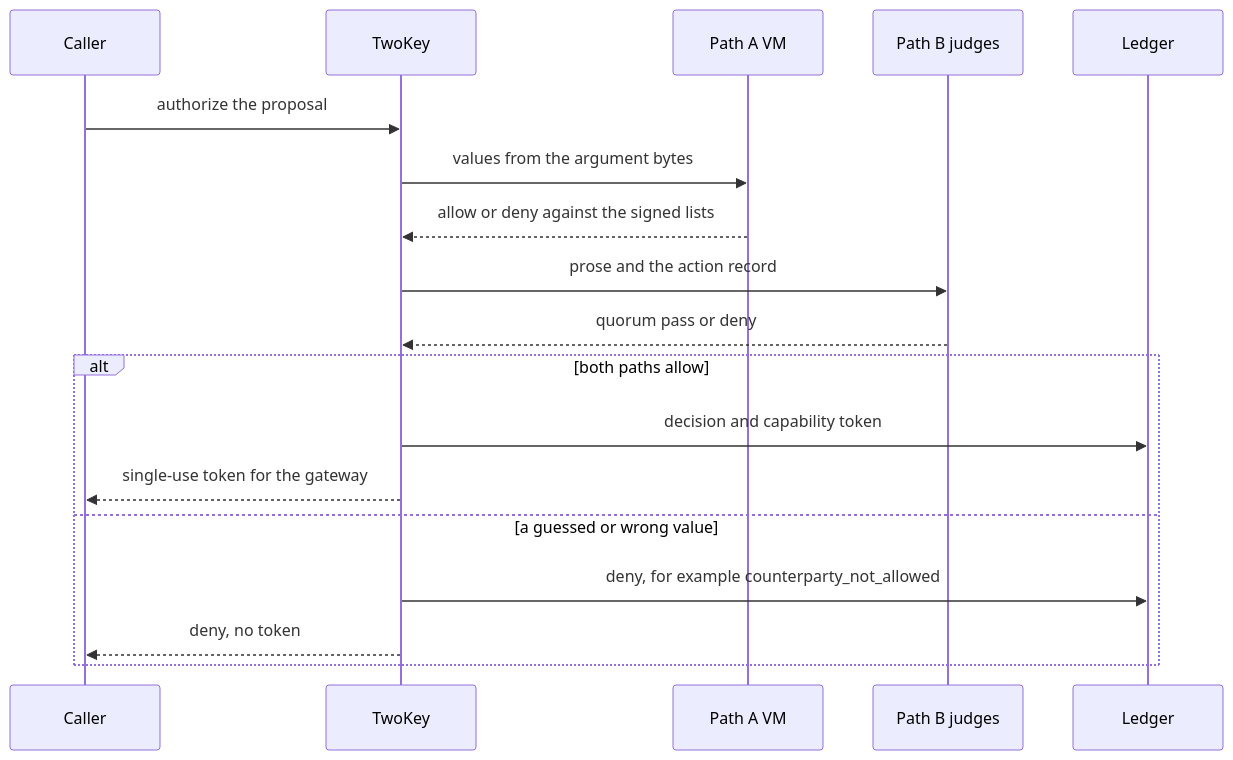
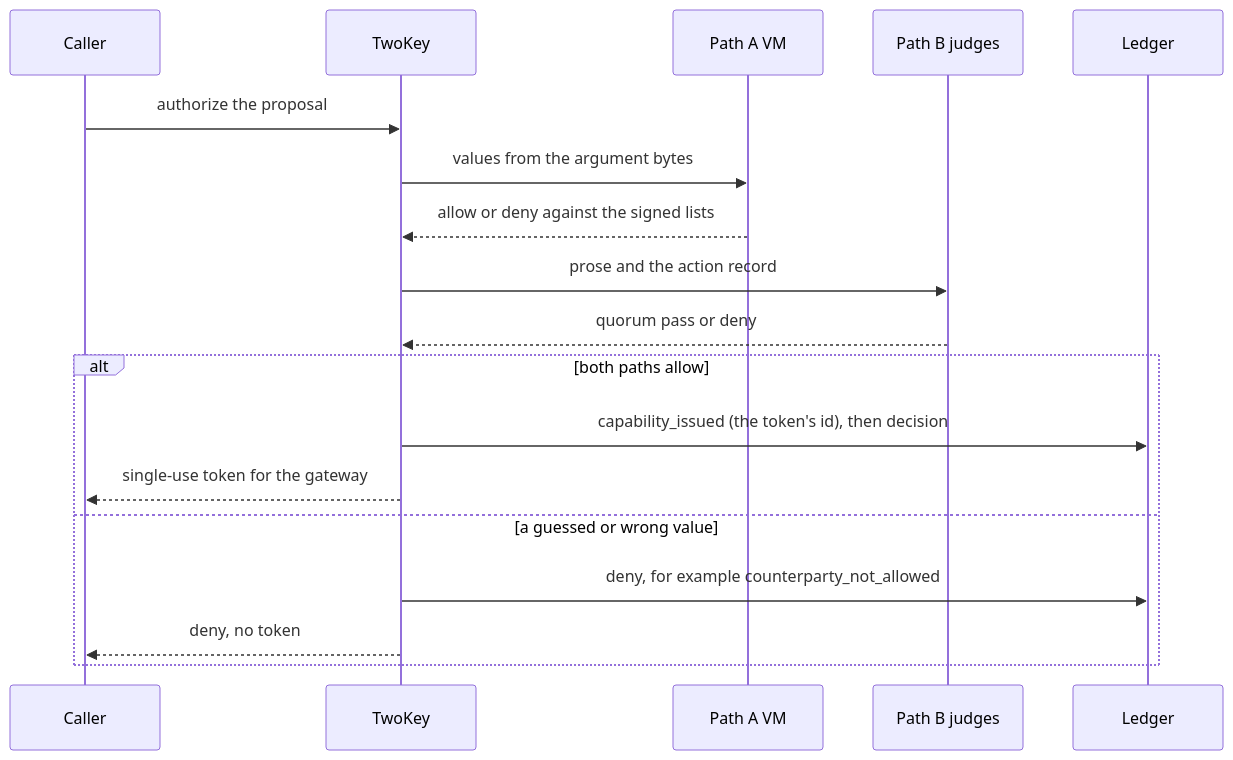
Before and after one commit to Insomniac-VibeLabs/two-key: the third of 5 diagrams in docs/HOWTO.md, drawn with Mermaid. The commit also changed other lines of this file and 8 other files, not shown here.

````diff
--- a/docs/HOWTO.md
+++ b/docs/HOWTO.md
@@ -1455,20 +1455,20 @@
 ```mermaid
 sequenceDiagram
   participant Caller
   participant TwoKey
   participant PathA as Path A VM
   participant PathB as Path B judges
   participant Ledger
   Caller->>TwoKey: authorize the proposal
   TwoKey->>PathA: values from the argument bytes
   PathA-->>TwoKey: allow or deny against the signed lists
   TwoKey->>PathB: prose and the action record
   PathB-->>TwoKey: quorum pass or deny
   alt both paths allow
-    TwoKey->>Ledger: decision and capability token
+    TwoKey->>Ledger: capability_issued (the token's id), then decision
     TwoKey-->>Caller: single-use token for the gateway
   else a guessed or wrong value
     TwoKey->>Ledger: deny, for example counterparty_not_allowed
     TwoKey-->>Caller: deny, no token
   end
 ```
````
